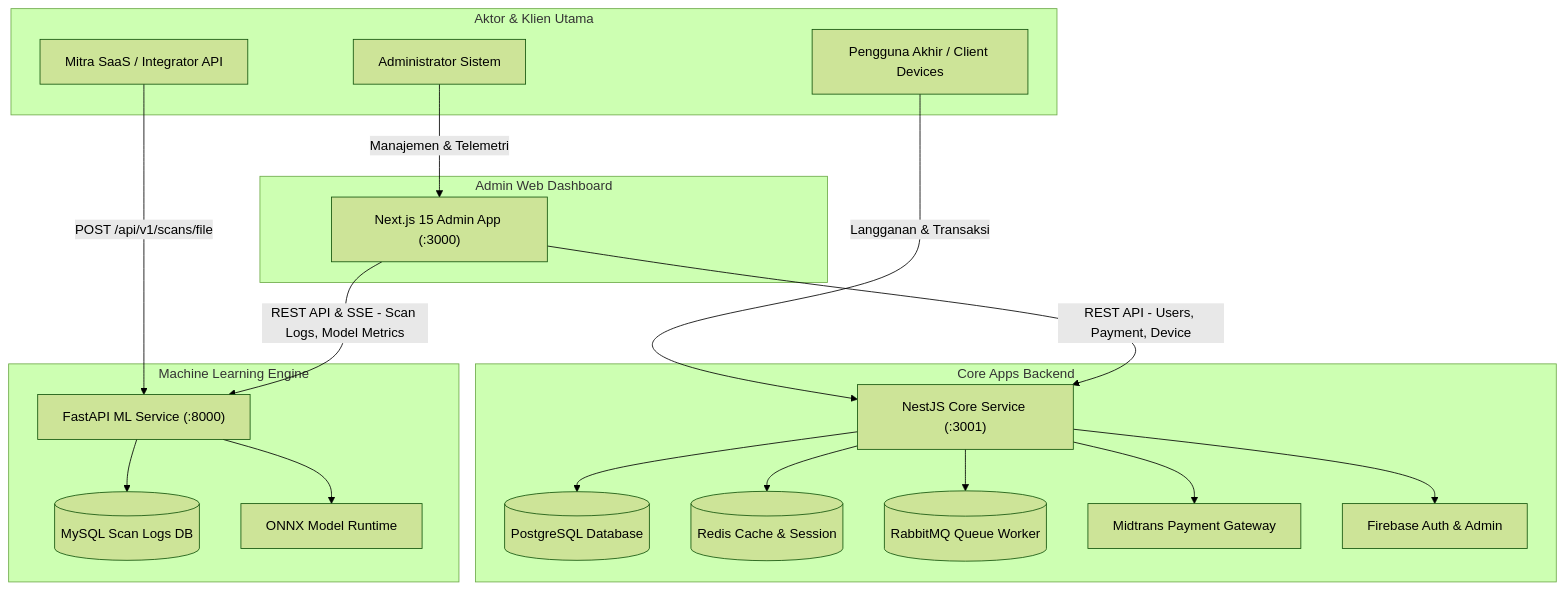
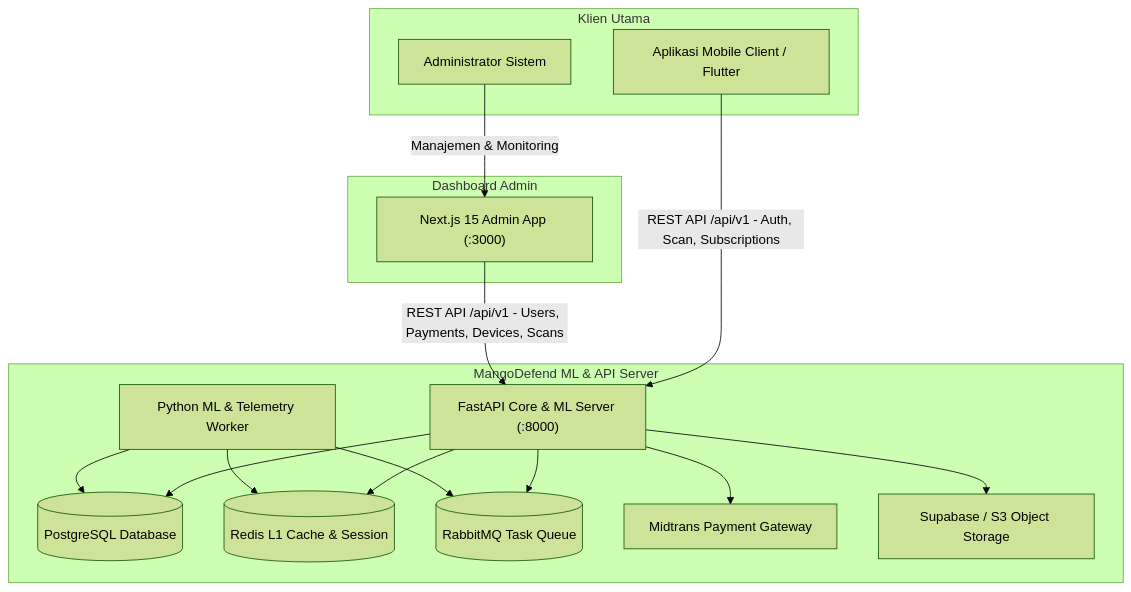
The diagram in README.md (fahdaja/mangodefend), drawn with Mermaid (forest theme) before and after one commit. The commit also changed other lines of this file and 126 other files, not shown here.

Commit message:
refactor: remove legacy mangodefend-apps-server and update documentation

````diff
--- a/README.md
+++ b/README.md
@@ -31,45 +31,37 @@
 ```mermaid
 graph TD
-    subgraph Klien [Aktor & Klien Utama]
-        Mitra[Mitra SaaS / Integrator API]
-        UserApp[Pengguna Akhir / Client Devices]
+    subgraph Klien [Klien Utama]
+        MobileApp[Aplikasi Mobile Client / Flutter]
         AdminUser[Administrator Sistem]
     end
 
-    subgraph Admin_Dashboard [Admin Web Dashboard]
+    subgraph Frontend_Dashboard [Dashboard Admin]
         AdminApp["Next.js 15 Admin App (:3000)"]
     end
 
-    subgraph Core_Backend [Core Apps Backend]
-        NestServer["NestJS Core Service (:3001)"]
+    subgraph Core_Backend [MangoDefend ML & API Server]
+        FastAPIServer["FastAPI Core & ML Server (:8000)"]
         Postgres[(PostgreSQL Database)]
-        Redis[(Redis Cache & Session)]
-        RabbitMQ[(RabbitMQ Queue Worker)]
+        Redis[(Redis L1 Cache & Session)]
+        RabbitMQ[(RabbitMQ Task Queue)]
+        Worker["Python ML & Telemetry Worker"]
         Midtrans[Midtrans Payment Gateway]
-        Firebase[Firebase Auth & Admin]
+        SupabaseS3[Supabase / S3 Object Storage]
 
-        NestServer --> Postgres
-        NestServer --> Redis
-        NestServer --> RabbitMQ
-        NestServer --> Midtrans
-        NestServer --> Firebase
-    end
-
-    subgraph ML_Engine [Machine Learning Engine]
-        FastAPIServer["FastAPI ML Service (:8000)"]
-        MySQL[(MySQL Scan Logs DB)]
-        ONNXEngine[ONNX Model Runtime]
-
-        FastAPIServer --> MySQL
-        FastAPIServer --> ONNXEngine
+        FastAPIServer --> Postgres
+        FastAPIServer --> Redis
+        FastAPIServer --> RabbitMQ
+        FastAPIServer --> Midtrans
+        FastAPIServer --> SupabaseS3
+        Worker --> RabbitMQ
+        Worker --> Postgres
+        Worker --> Redis
     end
 
     %% Client Interactions
-    Mitra -->|POST /api/v1/scans/file| FastAPIServer
-    UserApp -->|Langganan & Transaksi| NestServer
-    AdminUser -->|Manajemen & Telemetri| AdminApp
+    MobileApp -->|REST API /api/v1 - Auth, Scan, Subscriptions| FastAPIServer
+    AdminUser -->|Manajemen & Monitoring| AdminApp
 
     %% Internal Monitoring Connections
-    AdminApp -->|REST API - Users, Payment, Device| NestServer
-    AdminApp -->|REST API & SSE - Scan Logs, Model Metrics| FastAPIServer
+    AdminApp -->|REST API /api/v1 - Users, Payments, Devices, Scans| FastAPIServer
 ```
````
